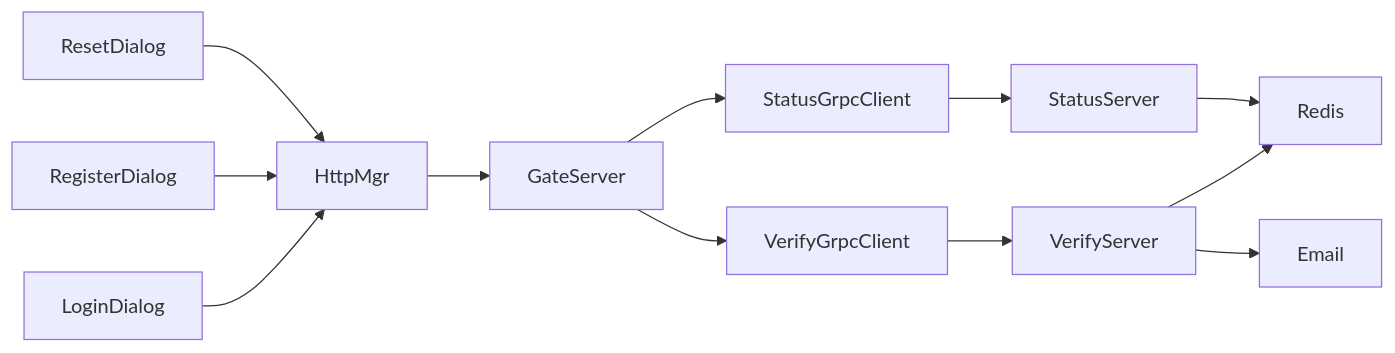
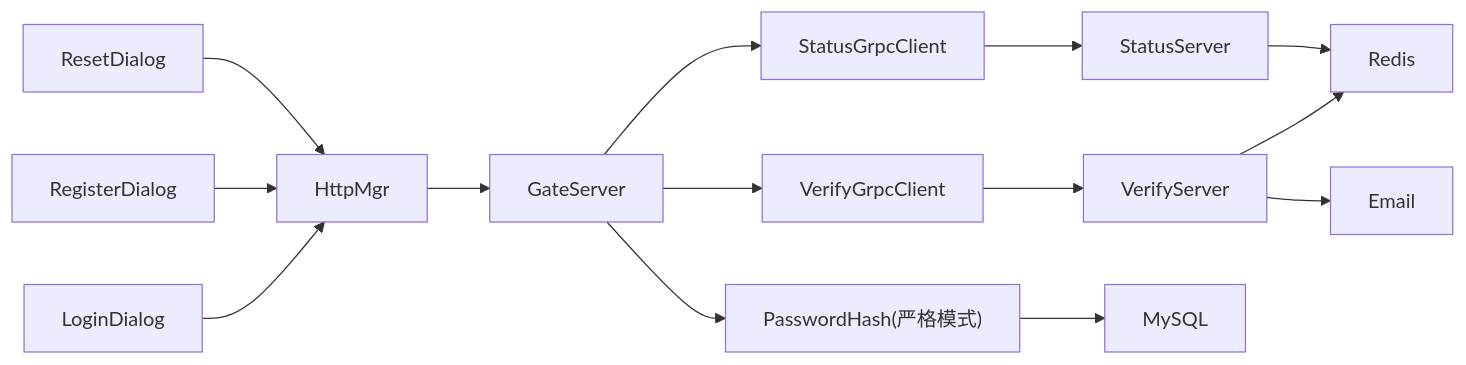
The eighth of 8 diagrams in .qoder/repowiki/zh/content/核心功能模块/用户认证系统/用户认证系统.md (echo9923/mychatter), drawn with Mermaid before and after one commit. The commit also changed other lines of this file and 58 other files, not shown here.

````diff
--- a/.qoder/repowiki/zh/content/核心功能模块/用户认证系统/用户认证系统.md
+++ b/.qoder/repowiki/zh/content/核心功能模块/用户认证系统/用户认证系统.md
@@ -328,14 +383,16 @@
 ```mermaid
 graph LR
 LD["LoginDialog"] --> HM["HttpMgr"]
 RD["RegisterDialog"] --> HM
 RSD["ResetDialog"] --> HM
 HM --> GS["GateServer"]
 GS --> VGC["VerifyGrpcClient"]
 GS --> SGC["StatusGrpcClient"]
+GS --> PH["PasswordHash(严格模式)"]
 VGC --> VS["VerifyServer"]
 SGC --> SS["StatusServer"]
 VS --> R["Redis"]
 VS --> EM["Email"]
 SS --> R
+PH --> DB["MySQL"]
 ```
````
